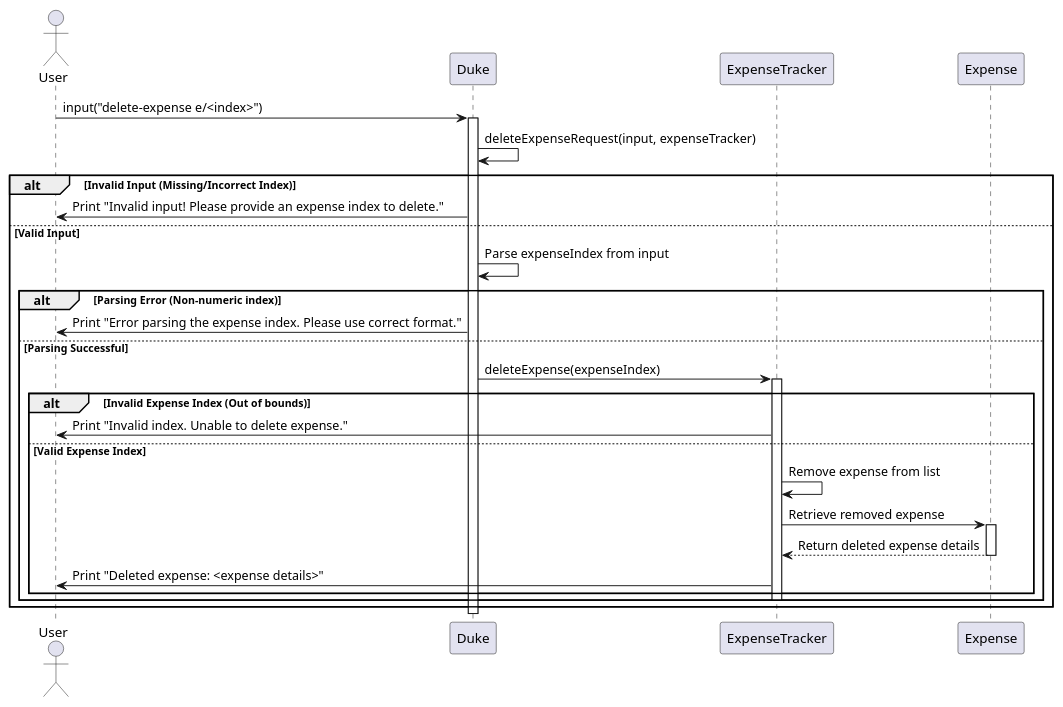
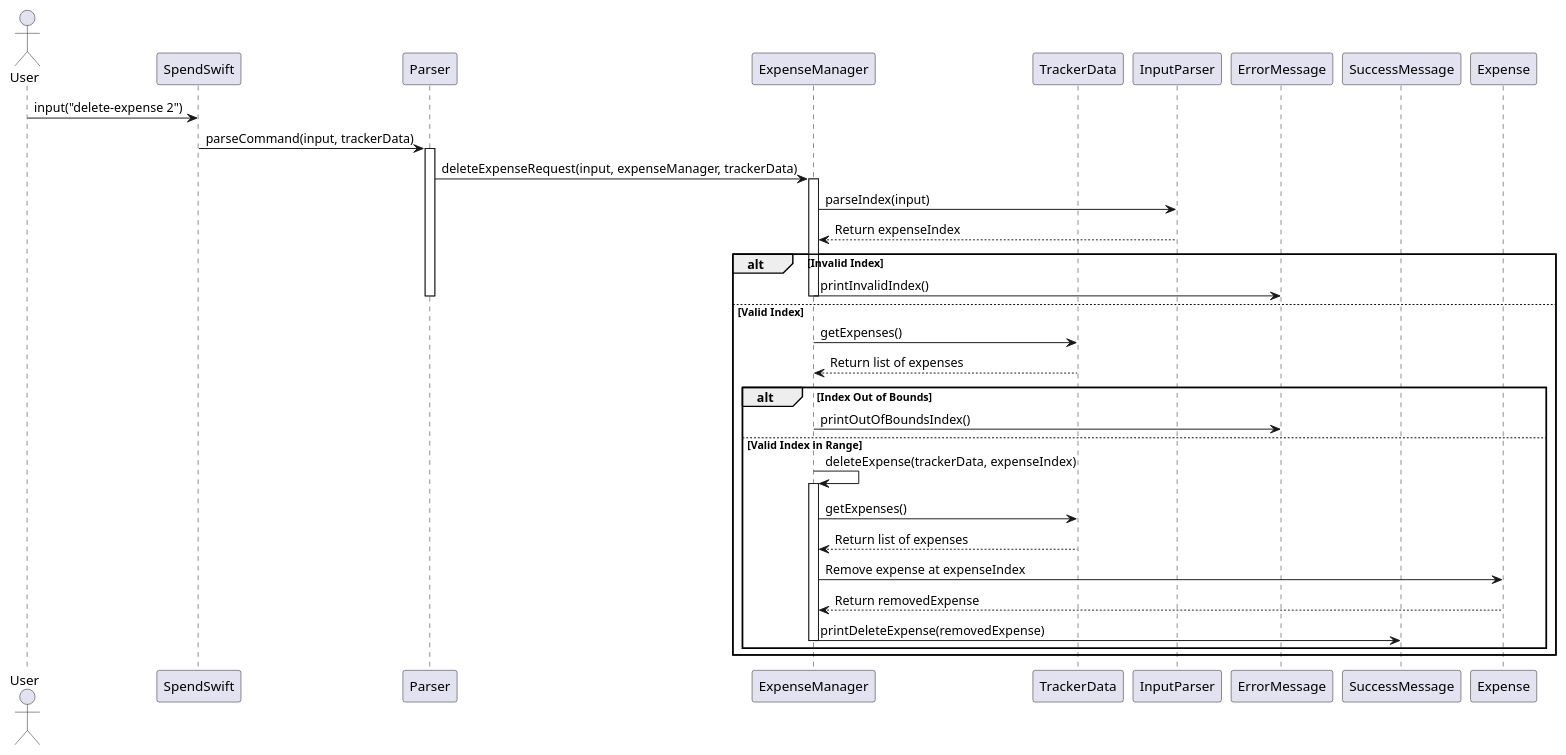
Before and after one commit to nus-cs2113-AY2425S1/tp: the diagram in docs/diagrams/DeleteExpense.puml, drawn with PlantUML. The commit also changed 5 other files, not shown here.

Commit message:
Updated Sequence Diagram of ViewExpense, TagExpense and DeleteExpense

```diff
--- a/docs/diagrams/DeleteExpense.puml
+++ b/docs/diagrams/DeleteExpense.puml
@@ -1,39 +1,50 @@
 @startuml
-
 actor User
-participant Duke
-participant ExpenseTracker
+participant SpendSwift
+participant Parser
+participant ExpenseManager
+participant TrackerData
+participant InputParser
+participant ErrorMessage
+participant SuccessMessage
 participant Expense
 
-User -> Duke : input("delete-expense e/<index>")
-activate Duke
+User -> SpendSwift : input("delete-expense 2")
+SpendSwift -> Parser : parseCommand(input, trackerData)
 
-Duke -> Duke : deleteExpenseRequest(input, expenseTracker)
+activate Parser
+Parser -> ExpenseManager : deleteExpenseRequest(input, expenseManager, trackerData)
 
-alt Invalid Input (Missing/Incorrect Index)
-    Duke -> User : Print "Invalid input! Please provide an expense index to delete."
-else Valid Input
-    Duke -> Duke : Parse expenseIndex from input
+activate ExpenseManager
+ExpenseManager -> InputParser : parseIndex(input)
+InputParser --> ExpenseManager : Return expenseIndex
 
-    alt Parsing Error (Non-numeric index)
-        Duke -> User : Print "Error parsing the expense index. Please use correct format."
-    else Parsing Successful
-        Duke -> ExpenseTracker : deleteExpense(expenseIndex)
-        activate ExpenseTracker
+alt Invalid Index
+    ExpenseManager -> ErrorMessage : printInvalidIndex()
+    deactivate ExpenseManager
+    deactivate Parser
+else Valid Index
+    ExpenseManager -> TrackerData : getExpenses()
+    TrackerData --> ExpenseManager : Return list of expenses
 
-        alt Invalid Expense Index (Out of bounds)
-            ExpenseTracker -> User : Print "Invalid index. Unable to delete expense."
-        else Valid Expense Index
-            ExpenseTracker -> ExpenseTracker : Remove expense from list
-            ExpenseTracker -> Expense : Retrieve removed expense
-            activate Expense
-            Expense --> ExpenseTracker : Return deleted expense details
-            deactivate Expense
-            ExpenseTracker -> User : Print "Deleted expense: <expense details>"
-        end
-        deactivate ExpenseTracker
+    alt Index Out of Bounds
+        ExpenseManager -> ErrorMessage : printOutOfBoundsIndex()
+        deactivate ExpenseManager
+        deactivate Parser
+    else Valid Index in Range
+        ExpenseManager -> ExpenseManager : deleteExpense(trackerData, expenseIndex)
+
+        activate ExpenseManager
+        ExpenseManager -> TrackerData : getExpenses()
+        TrackerData --> ExpenseManager : Return list of expenses
+
+        ExpenseManager -> Expense : Remove expense at expenseIndex
+        Expense --> ExpenseManager : Return removedExpense
+
+        ExpenseManager -> SuccessMessage : printDeleteExpense(removedExpense)
+        deactivate ExpenseManager
     end
 end
-deactivate Duke
-
+deactivate ExpenseManager
+deactivate Parser
 @enduml
```
